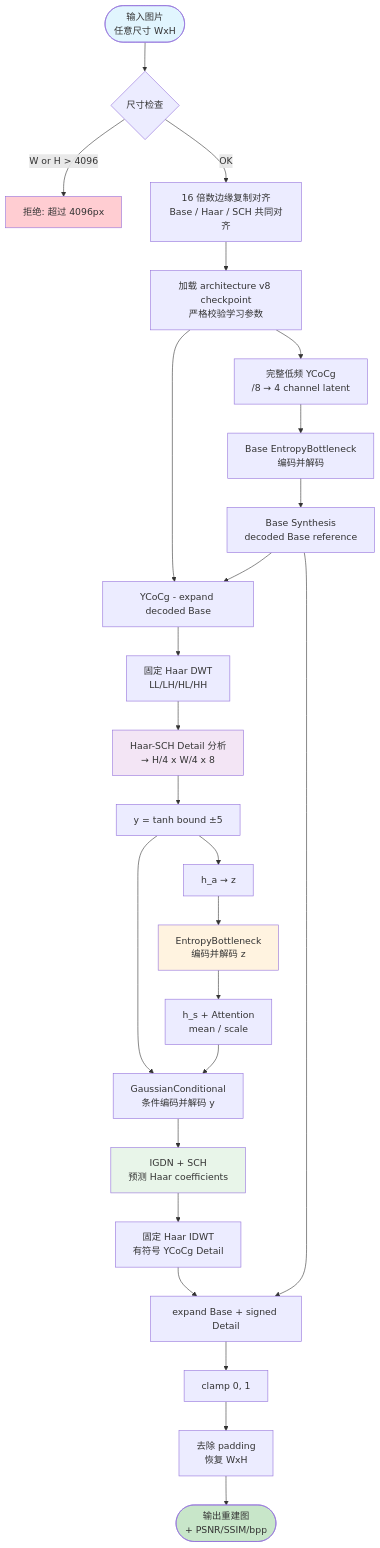
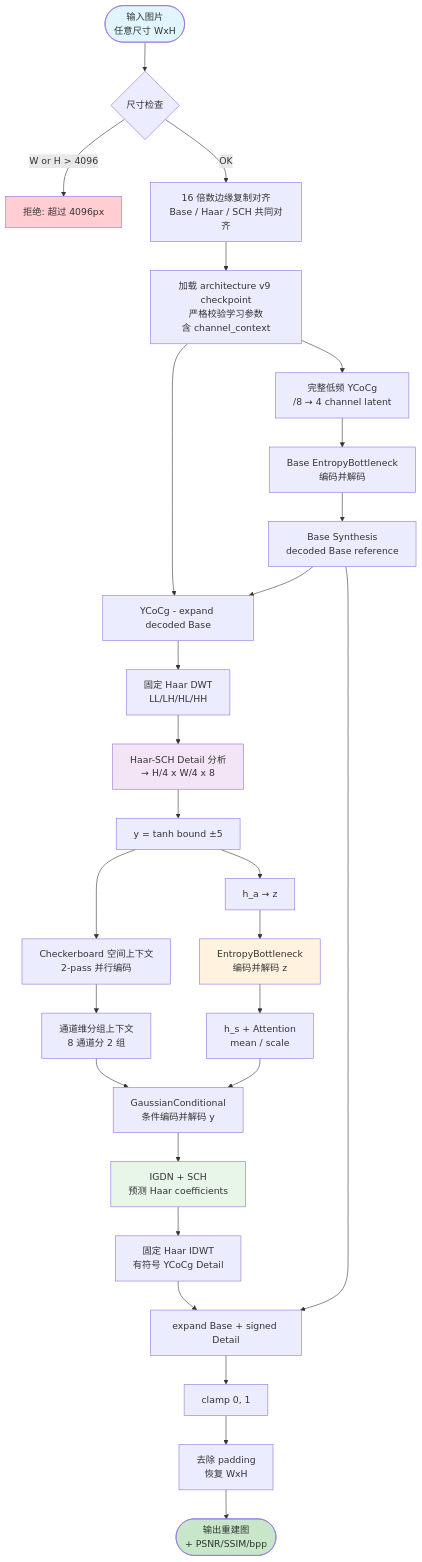
Before and after one commit to novvoo/kakeya-vae: diagram 14 of 20 in docs/architecture.md, drawn with Mermaid. The commit also changed other lines of this file and 8 other files, not shown here.

````diff
--- a/docs/architecture.md
+++ b/docs/architecture.md
@@ -714,36 +724,38 @@
 ```mermaid
 flowchart TD
     INPUT([输入图片<br/>任意尺寸 WxH]) --> CHK{尺寸检查}
     CHK -->|W or H > 4096| REJECT[拒绝: 超过 4096px]
     CHK -->|OK| PAD[16 倍数边缘复制对齐<br/>Base / Haar / SCH 共同对齐]
 
-    PAD --> LOAD[加载 architecture v8 checkpoint<br/>严格校验学习参数]
+    PAD --> LOAD[加载 architecture v9 checkpoint<br/>严格校验学习参数<br/>含 channel_context]
     LOAD --> BASE[完整低频 YCoCg<br/>/8 → 4 channel latent]
     BASE --> BCODE[Base EntropyBottleneck<br/>编码并解码]
     BCODE --> BASE_DEC[Base Synthesis<br/>decoded Base reference]
     LOAD --> DETAIL_SUB[YCoCg - expand decoded Base]
     BASE_DEC --> DETAIL_SUB
     DETAIL_SUB --> DWT_HD[固定 Haar DWT<br/>LL/LH/HL/HH]
     DWT_HD --> ENCODE[Haar-SCH Detail 分析<br/>→ H/4 x W/4 x 8]
     ENCODE --> Y[y = tanh bound ±5]
     Y --> HA[h_a → z]
     HA --> ZCODE[EntropyBottleneck<br/>编码并解码 z]
     ZCODE --> PARAMS[h_s + Attention<br/>mean / scale]
-    Y --> YCODE[GaussianConditional<br/>条件编码并解码 y]
+    Y --> CB_ENC[Checkerboard 空间上下文<br/>2-pass 并行编码]
+    CB_ENC --> CH_ENC[通道维分组上下文<br/>8 通道分 2 组]
+    CH_ENC --> YCODE[GaussianConditional<br/>条件编码并解码 y]
     PARAMS --> YCODE
     YCODE --> DECODE[IGDN + SCH<br/>预测 Haar coefficients]
     DECODE --> IDWT_HD[固定 Haar IDWT<br/>有符号 YCoCg Detail]
     IDWT_HD --> CFUSE[expand Base + signed Detail]
     BASE_DEC --> CFUSE
 
     CFUSE --> CLAMP[clamp 0, 1]
     CLAMP --> CROP[去除 padding<br/>恢复 WxH]
     CROP --> OUT([输出重建图<br/>+ PSNR/SSIM/bpp])
 
     style INPUT fill:#e1f5fe
     style ENCODE fill:#f3e5f5
     style ZCODE fill:#fff3e0
     style DECODE fill:#e8f5e9
     style OUT fill:#c8e6c9
     style REJECT fill:#ffcdd2
 ```
````
